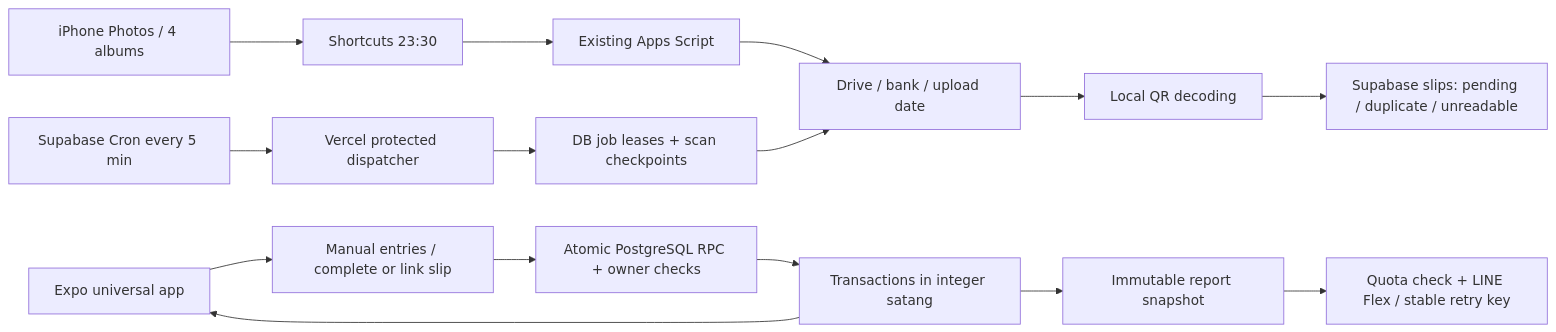
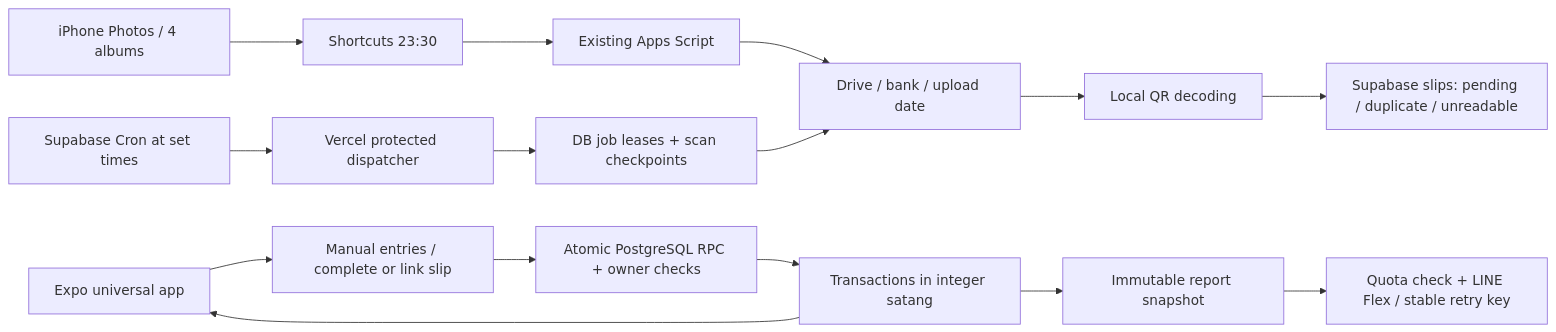
The diagram in docs/ARCHITECTURE.md (chitsanuphong-chsnp/expense-tracker), drawn with Mermaid before and after one commit. The commit also changed other lines of this file and 12 other files, not shown here.

````diff
--- a/docs/ARCHITECTURE.md
+++ b/docs/ARCHITECTURE.md
@@ -3,17 +3,17 @@
 ```mermaid
 flowchart LR
     A[iPhone Photos / 4 albums] --> B[Shortcuts 23:30]
     B --> C[Existing Apps Script]
     C --> D[Drive / bank / upload date]
-    E[Supabase Cron every 5 min] --> F[Vercel protected dispatcher]
+    E[Supabase Cron at set times] --> F[Vercel protected dispatcher]
     F --> G[DB job leases + scan checkpoints]
     G --> D
     D --> H[Local QR decoding]
     H --> I[Supabase slips: pending / duplicate / unreadable]
     J[Expo universal app] --> K[Manual entries / complete or link slip]
     K --> L[Atomic PostgreSQL RPC + owner checks]
     L --> M[Transactions in integer satang]
     M --> J
     M --> N[Immutable report snapshot]
     N --> O[Quota check + LINE Flex / stable retry key]
 ```
````
